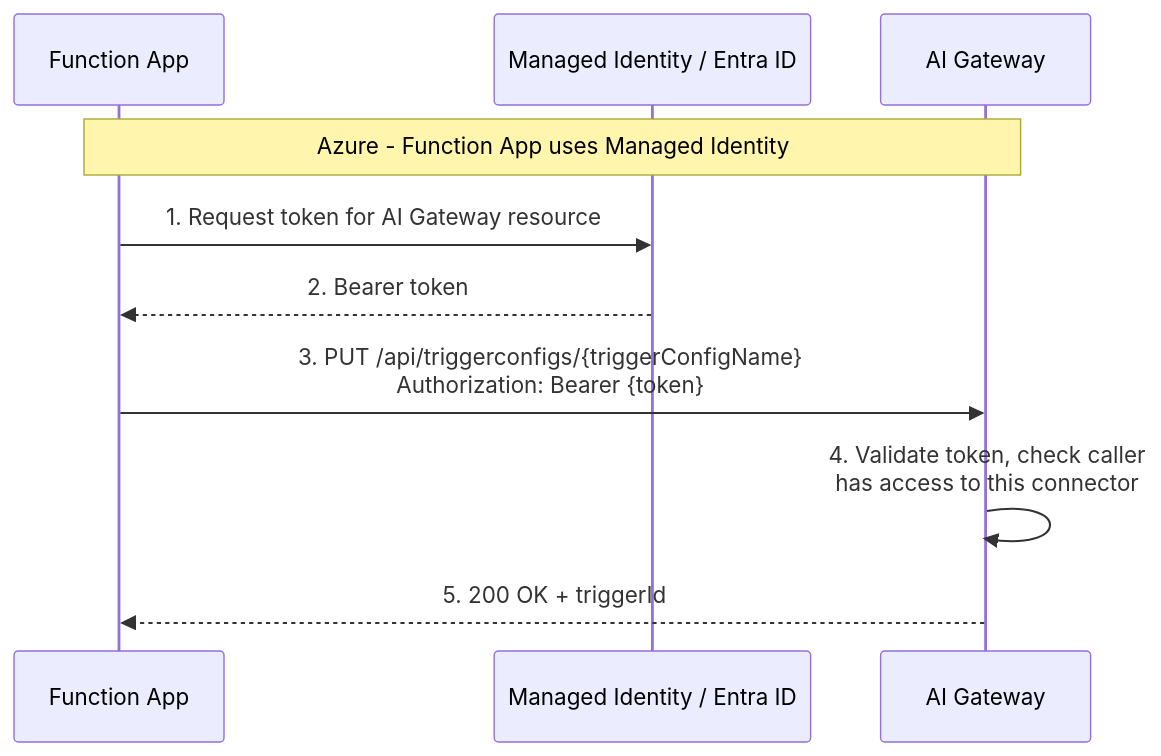
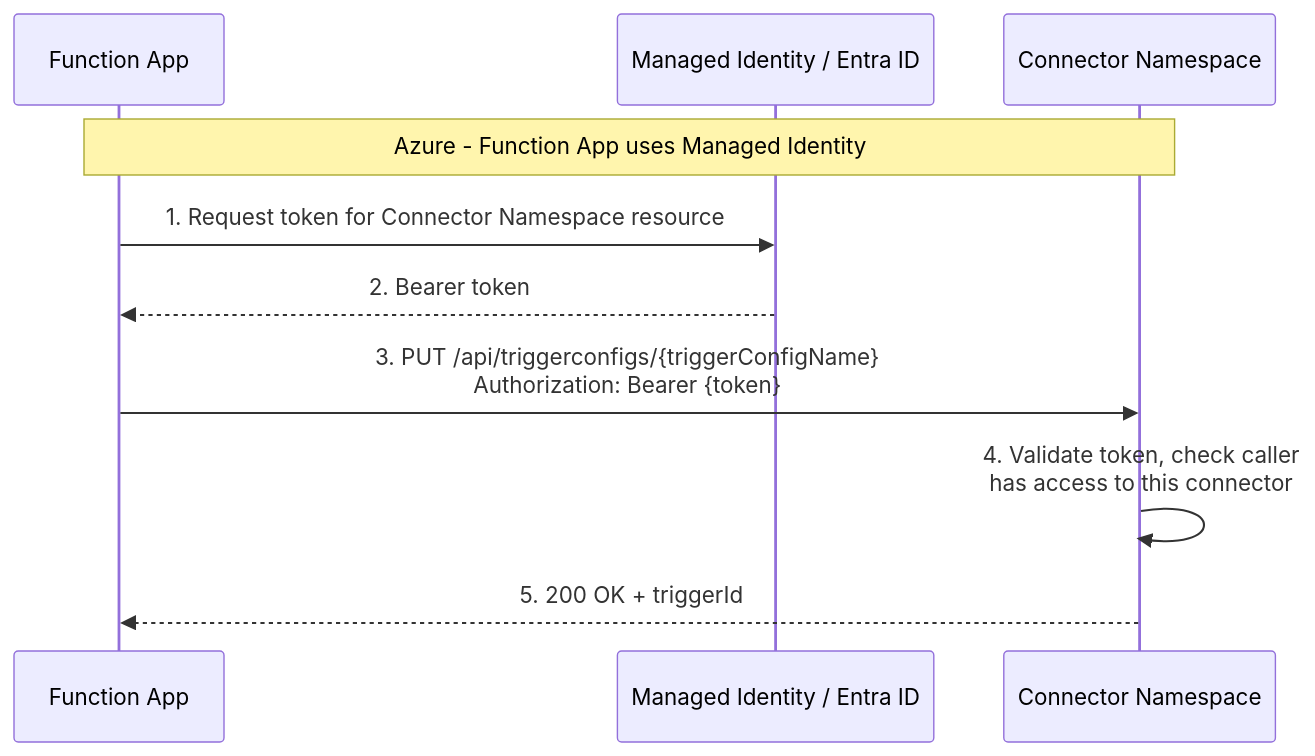
The ninth of 9 diagrams in docs/webhook-auto-registration-design.md (Azure/azure-functions-connector-extension), drawn with Mermaid before and after one commit. The commit also changed other lines of this file and 3 other files, not shown here.

````diff
--- a/docs/webhook-auto-registration-design.md
+++ b/docs/webhook-auto-registration-design.md
@@ -304,14 +307,14 @@
 ```mermaid
 sequenceDiagram
     participant FA as Function App
     participant MI as Managed Identity / Entra ID
-    participant GW as AI Gateway
+    participant GW as Connector Namespace
 
     Note over FA,GW: Azure - Function App uses Managed Identity
 
-    FA->>MI: 1. Request token for AI Gateway resource
+    FA->>MI: 1. Request token for Connector Namespace resource
     MI-->>FA: 2. Bearer token
     FA->>GW: 3. PUT /api/triggerconfigs/{triggerConfigName}<br/>Authorization: Bearer {token}
     GW->>GW: 4. Validate token, check caller<br/>has access to this connector
     GW-->>FA: 5. 200 OK + triggerId
 ```
````
